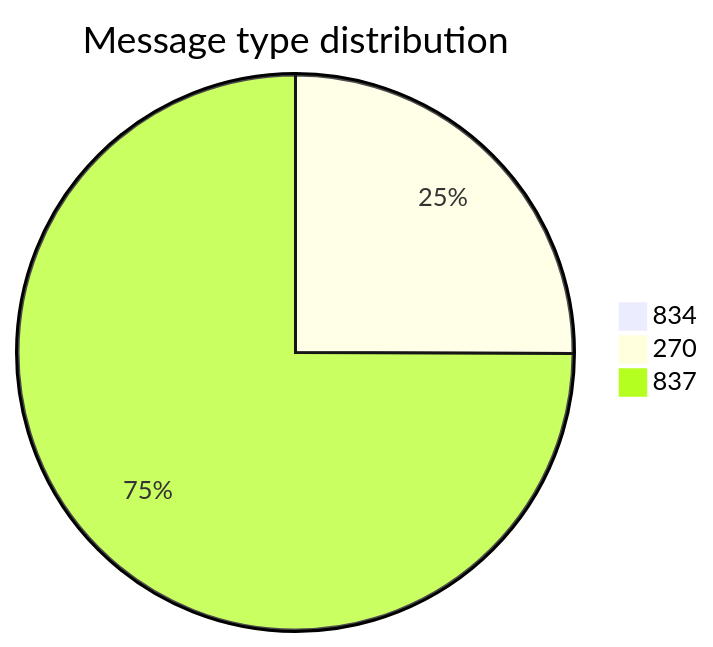
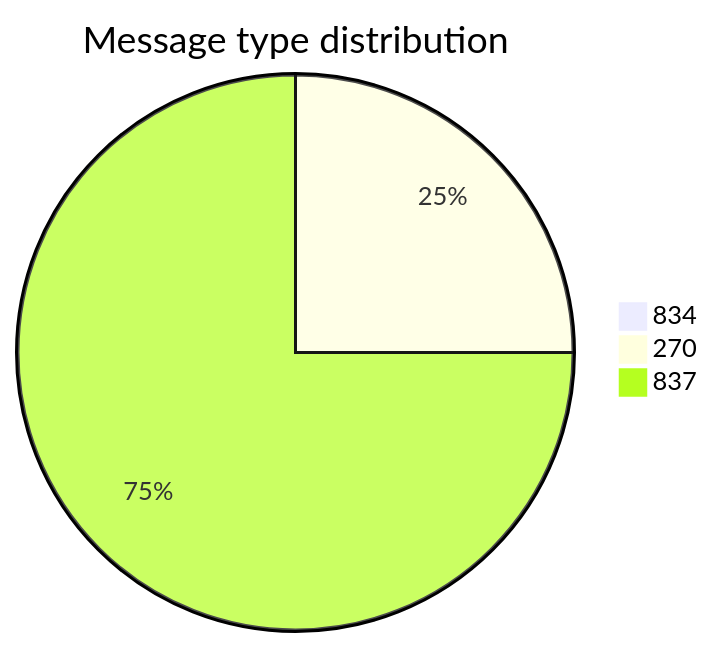
The first of 10 diagrams in test-tools/DataGen/src/Statistics_Visualizer.md (dhagan-va/intern-2025), drawn with Mermaid before and after one commit. The commit also changed other lines of this file and 12 other files, not shown here.

````diff
--- a/test-tools/DataGen/src/Statistics_Visualizer.md
+++ b/test-tools/DataGen/src/Statistics_Visualizer.md
@@ -18,6 +18,6 @@
 ```mermaid
 pie title Message type distribution
     "834" : 0
     "270" : 100
-    "837" : 299
+    "837" : 300
 ```
````
